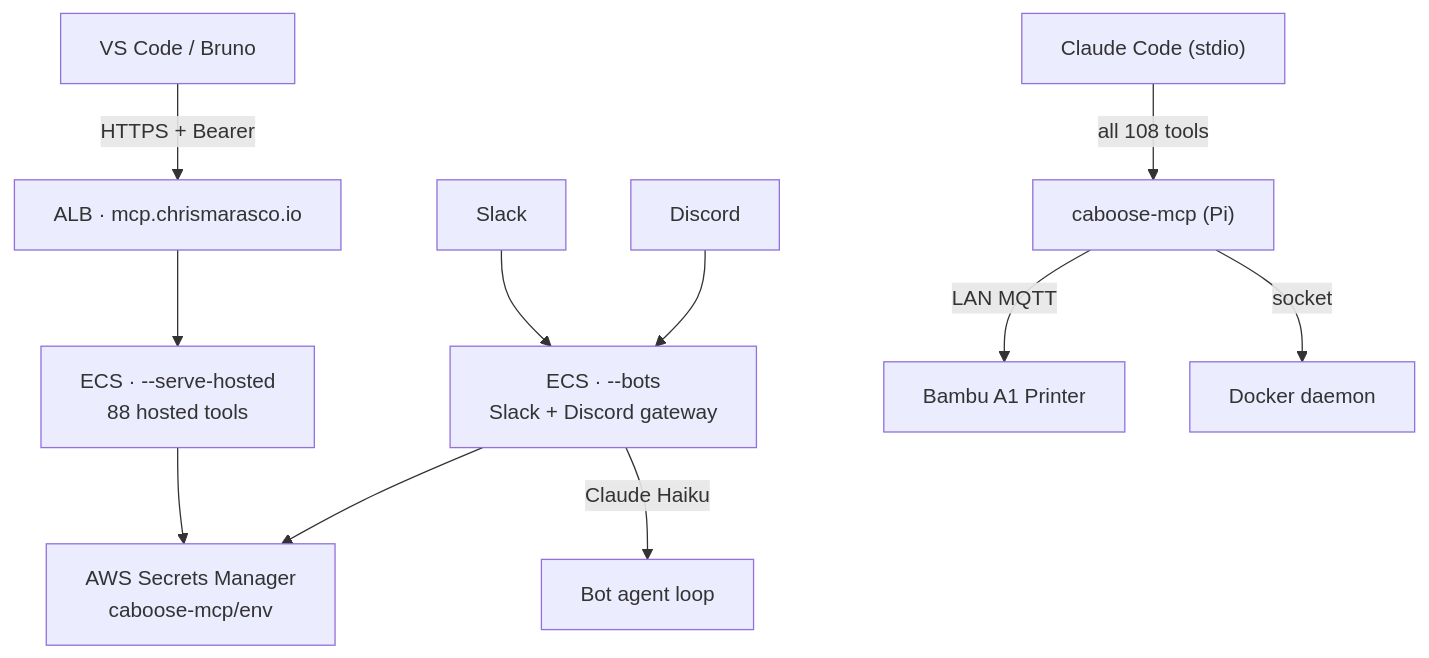
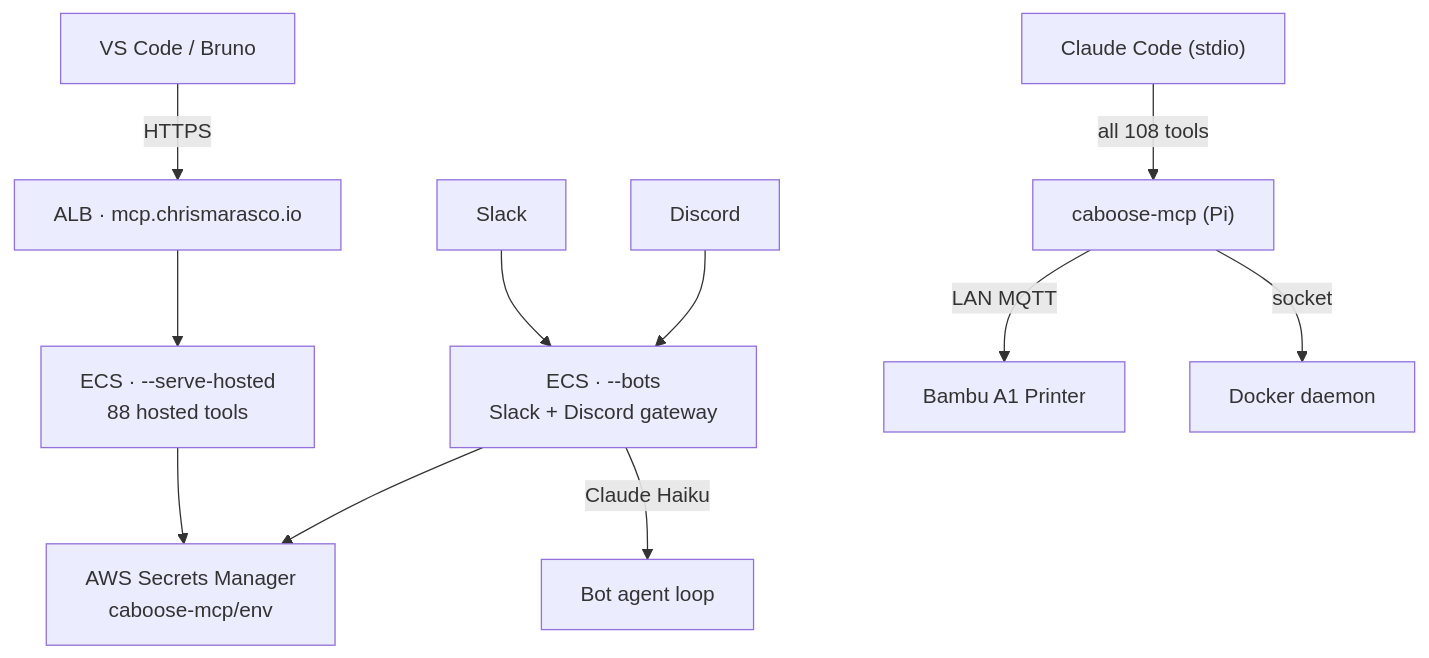
Before and after one commit to caboose-mcp/caboose-mcp: the diagram in README.md, drawn with Mermaid. The commit also changed other lines of this file, not shown here.

First line of the commit message:
docs: remove bearer auth, add claude mcp add CLI instructions

````diff
--- a/README.md
+++ b/README.md
@@ -22,12 +22,12 @@
 ```mermaid
 graph TD
     Claude["Claude Code (stdio)"] -->|all 108 tools| Binary["caboose-mcp (Pi)"]
-    VSCode["VS Code / Bruno"] -->|HTTPS + Bearer| ALB["ALB · mcp.chrismarasco.io"]
+    VSCode["VS Code / Bruno"] -->|HTTPS| ALB["ALB · mcp.chrismarasco.io"]
     ALB --> Serve["ECS · --serve-hosted\n88 hosted tools"]
     Slack["Slack"] --> Bots["ECS · --bots\nSlack + Discord gateway"]
     Discord["Discord"] --> Bots
     Bots -->|Claude Haiku| Agent["Bot agent loop"]
     Binary -->|LAN MQTT| Bambu["Bambu A1 Printer"]
     Binary -->|socket| DockerD["Docker daemon"]
     Serve & Bots --> SM["AWS Secrets Manager\ncaboose-mcp/env"]
 ```
````
